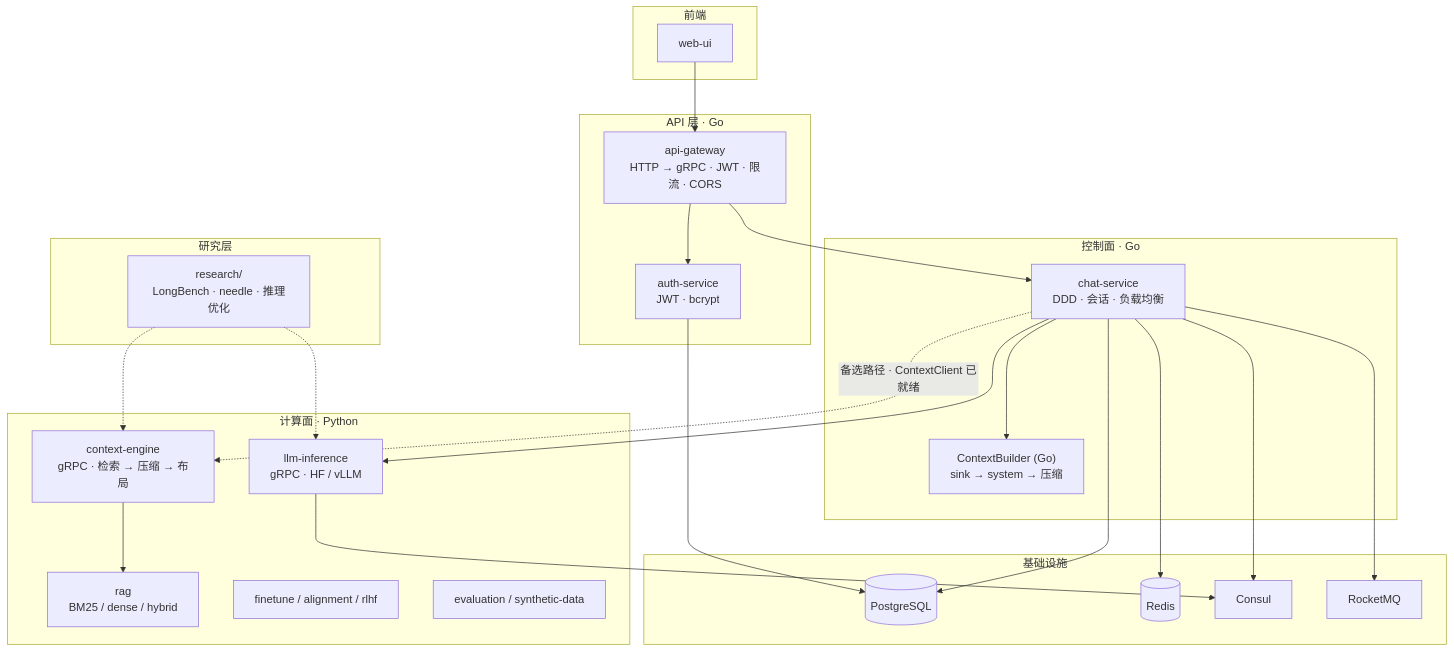
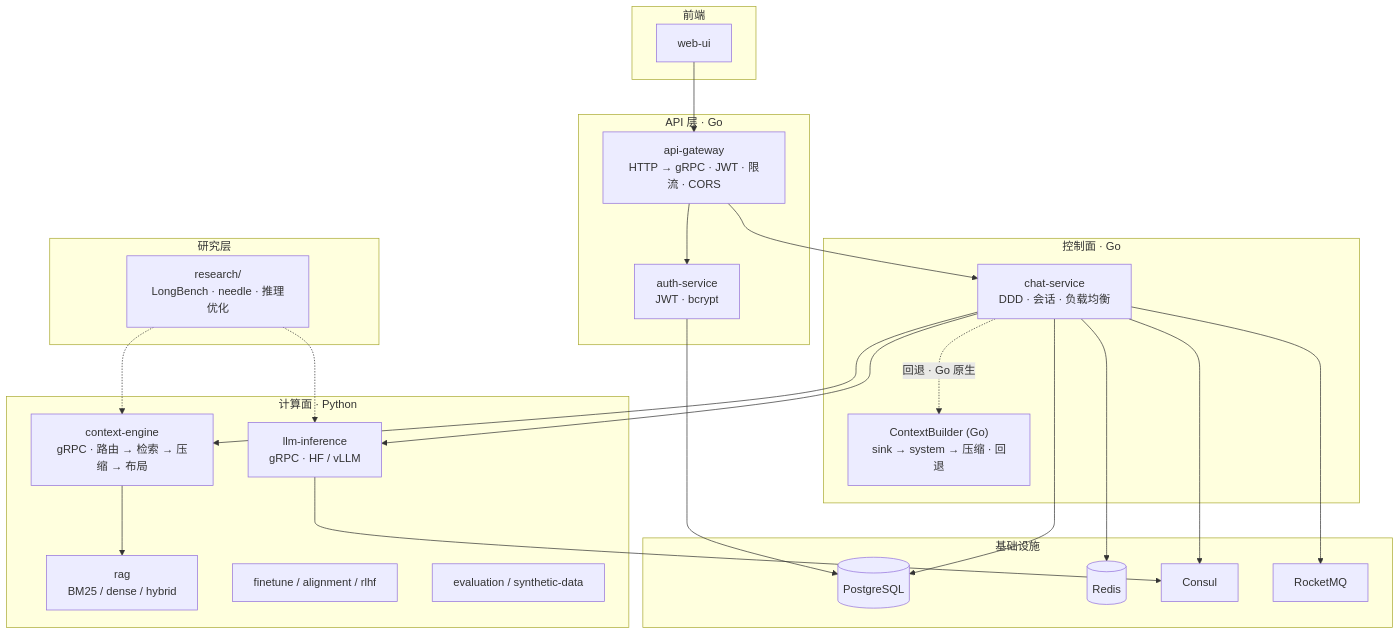
Before and after one commit to Einspanner123/free-chat: the first of 2 diagrams in README_CN.md, drawn with Mermaid. The commit also changed other lines of this file and 2 other files, not shown here.

First line of the commit message:
docs: update README for remote builder, intent router, and KV-eviction findings

````diff
--- a/README_CN.md
+++ b/README_CN.md
@@ -33,51 +33,51 @@
 ```mermaid
 flowchart TB
     subgraph FE["前端"]
         UI["web-ui"]
     end
 
     subgraph API["API 层 · Go"]
         GW["api-gateway<br/>HTTP → gRPC · JWT · 限流 · CORS"]
         AUTH["auth-service<br/>JWT · bcrypt"]
     end
 
     subgraph CONTROL["控制面 · Go"]
         CHAT["chat-service<br/>DDD · 会话 · 负载均衡"]
-        GOCTX["ContextBuilder (Go)<br/>sink → system → 压缩"]
+        GOCTX["ContextBuilder (Go)<br/>sink → system → 压缩 · 回退"]
     end
 
     subgraph COMPUTE["计算面 · Python"]
         LLM["llm-inference<br/>gRPC · HF / vLLM"]
-        CE["context-engine<br/>gRPC · 检索 → 压缩 → 布局"]
+        CE["context-engine<br/>gRPC · 路由 → 检索 → 压缩 → 布局"]
         RAG["rag<br/>BM25 / dense / hybrid"]
         TRAIN["finetune / alignment / rlhf"]
         EVAL["evaluation / synthetic-data"]
     end
 
     subgraph INFRA["基础设施"]
         PG[("PostgreSQL")]
         RD[("Redis")]
         CSL["Consul"]
         RMQ["RocketMQ"]
     end
 
     subgraph RESEARCH["研究层"]
         RES["research/<br/>LongBench · needle · 推理优化"]
     end
 
     UI --> GW
     GW --> AUTH
     GW --> CHAT
     AUTH --> PG
-    CHAT --> GOCTX
-    CHAT -.->|"备选路径 · ContextClient 已就绪"| CE
+    CHAT --> CE
     CE --> RAG
+    CHAT -.->|"回退 · Go 原生"| GOCTX
     CHAT --> LLM
     CHAT --> PG
     CHAT --> RD
     CHAT --> RMQ
     CHAT --> CSL
     LLM --> CSL
     RES -.-> CE
     RES -.-> LLM
 ```
````
